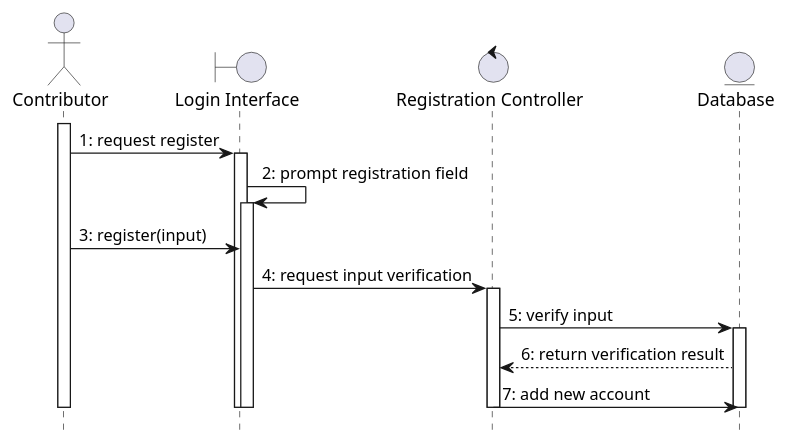
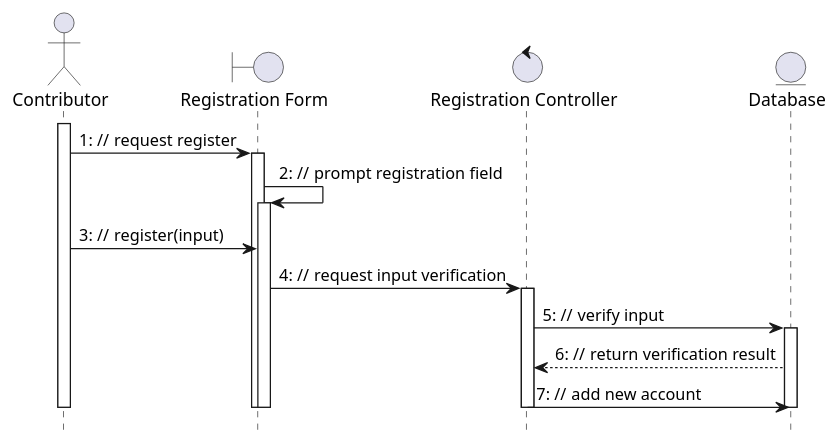
Before and after one commit to McSinyx/ipppi: the first of 4 diagrams in source/solution/use-case-analysis.rst, drawn with PlantUML. The commit also changed other lines of this file, not shown here.

```diff
--- a/source/solution/use-case-analysis.rst
+++ b/source/solution/use-case-analysis.rst
@@ -13,29 +13,30 @@
 .. uml::
    
+   autonumber "#: //"
    hide footbox
    
    actor Contributor
-   boundary "Login Interface" as LI
+   boundary "Registration Form" as RF
    control "Registration Controller" as RC
    entity Database
 
    activate Contributor
-   Contributor -> LI : 1: request register
+   Contributor -> RF : request register
 
-   activate LI
-   LI -> LI : 2: prompt registration field
-   activate LI
-   Contributor -> LI : 3: register(input)
+   activate RF
+   RF -> RF : prompt registration field
+   activate RF
+   Contributor -> RF : register(input)
 
-   LI -> RC : 4: request input verification
+   RF -> RC : request input verification
    activate RC
-   RC -> Database : 5: verify input
+   RC -> Database : verify input
    activate Database
-   Database --> RC : 6: return verification result
-   RC -> Database : 7: add new account 
+   Database --> RC : return verification result
+   RC -> Database : add new account 
    deactivate Database
    deactivate RC
 
-   deactivate LI
-   deactivate LI
+   deactivate RF
+   deactivate RF
    deactivate Contributor
```
